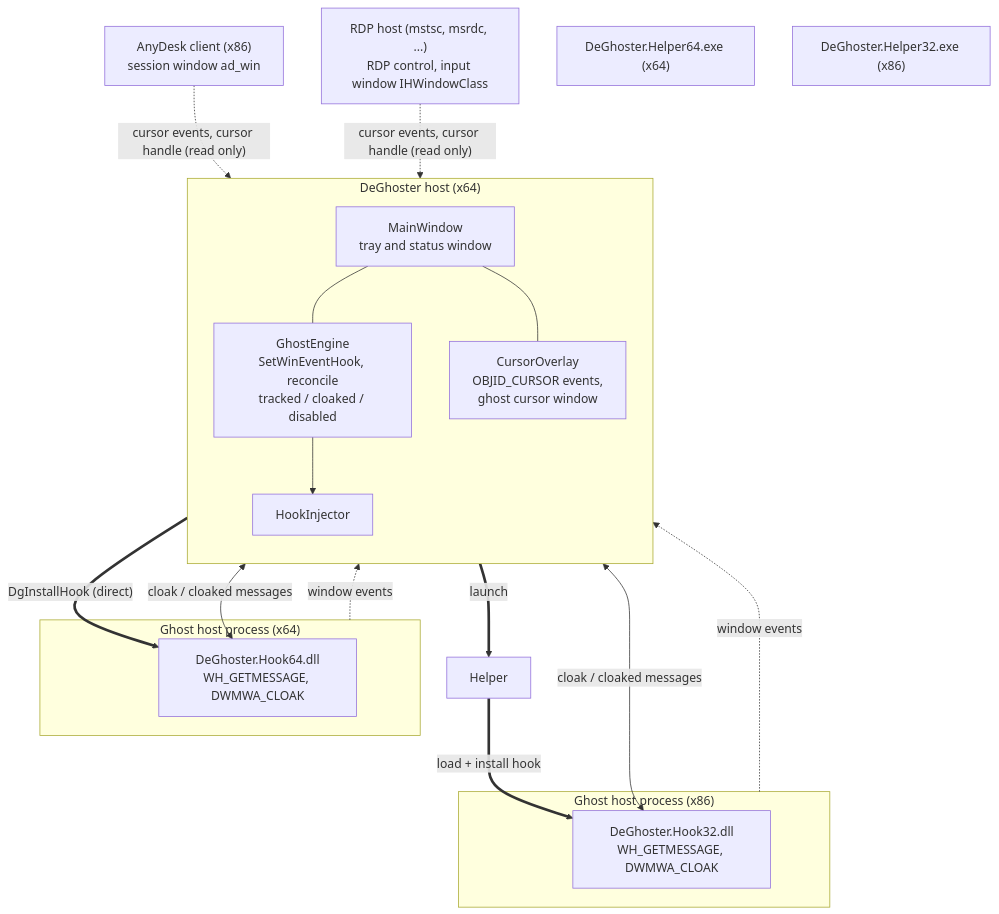
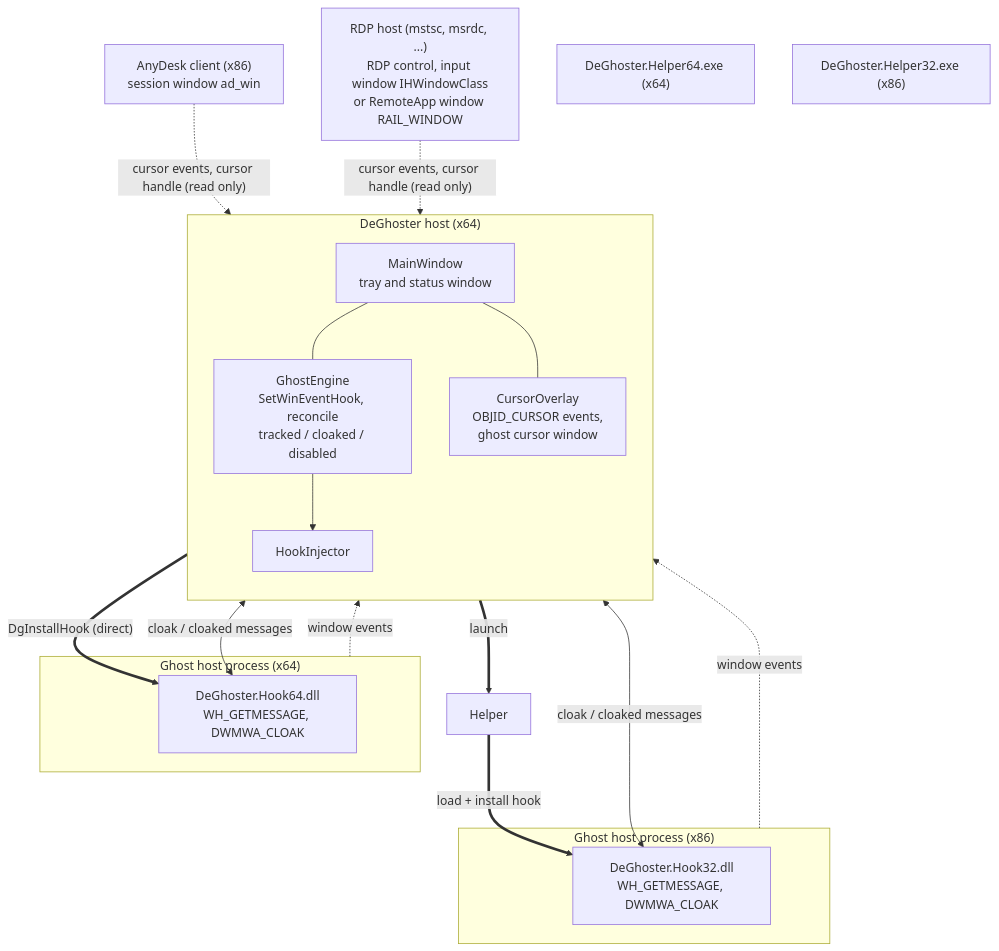
One commit to motwok/DeGhoster changed the first of 2 diagrams in docs/Architecture.md. Above: the diagram before and after it, drawn with Mermaid. The commit also changed other lines of this file and 8 other files, not shown here.

First line of the commit message:
feat: enlarge the remote cursor in WSLg RemoteApp windows (RAIL_WINDOW)

````diff
--- a/docs/Architecture.md
+++ b/docs/Architecture.md
@@ -18,37 +18,37 @@
 ```mermaid
 flowchart TB
     subgraph Host["DeGhoster host (x64)"]
         direction TB
         UI["MainWindow<br/>tray and status window"]
         Engine["GhostEngine<br/>SetWinEventHook, reconcile<br/>tracked / cloaked / disabled"]
         Inj["HookInjector"]
         Overlay["CursorOverlay<br/>OBJID_CURSOR events,<br/>ghost cursor window"]
     end
 
     AnyDesk["AnyDesk client (x86)<br/>session window ad_win"]
-    Rdp["RDP host (mstsc, msrdc, ...)<br/>RDP control, input window IHWindowClass"]
+    Rdp["RDP host (mstsc, msrdc, ...)<br/>RDP control, input window IHWindowClass<br/>or RemoteApp window RAIL_WINDOW"]
 
     Helper64["DeGhoster.Helper64.exe (x64)"]
     Helper32["DeGhoster.Helper32.exe (x86)"]
 
     subgraph T64["Ghost host process (x64)"]
         H64["DeGhoster.Hook64.dll<br/>WH_GETMESSAGE, DWMWA_CLOAK"]
     end
 
     subgraph T32["Ghost host process (x86)"]
         H32["DeGhoster.Hook32.dll<br/>WH_GETMESSAGE, DWMWA_CLOAK"]
     end
 
     T64 -. "window events" .-> Engine
     T32 -. "window events" .-> Engine
     UI --- Engine
     UI --- Overlay
     AnyDesk -. "cursor events, cursor handle (read only)" .-> Overlay
     Rdp -. "cursor events, cursor handle (read only)" .-> Overlay
     Engine --> Inj
     Inj == "DgInstallHook (direct)" ==> H64
     Inj == "launch" ==> Helper
     Helper == "load + install hook" ==> H32
     Engine <-- "cloak / cloaked messages" --> H64
     Engine <-- "cloak / cloaked messages" --> H32
 ```
````
